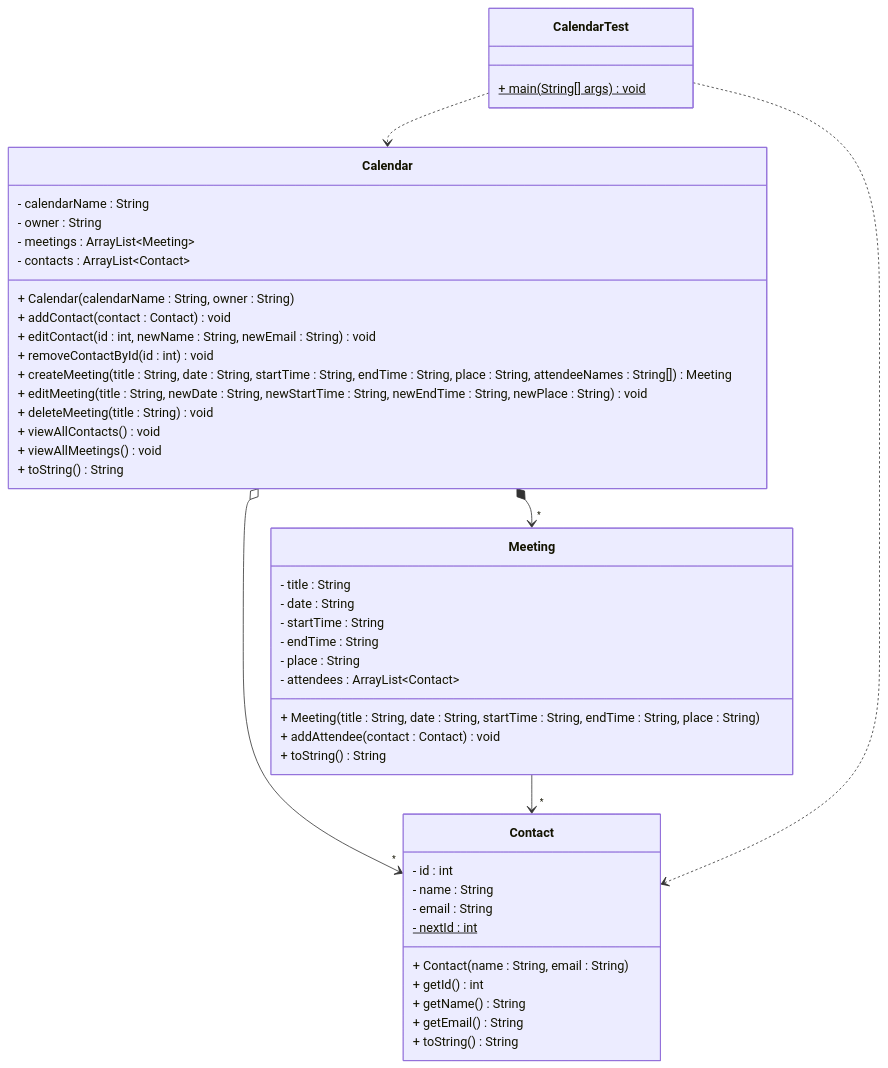
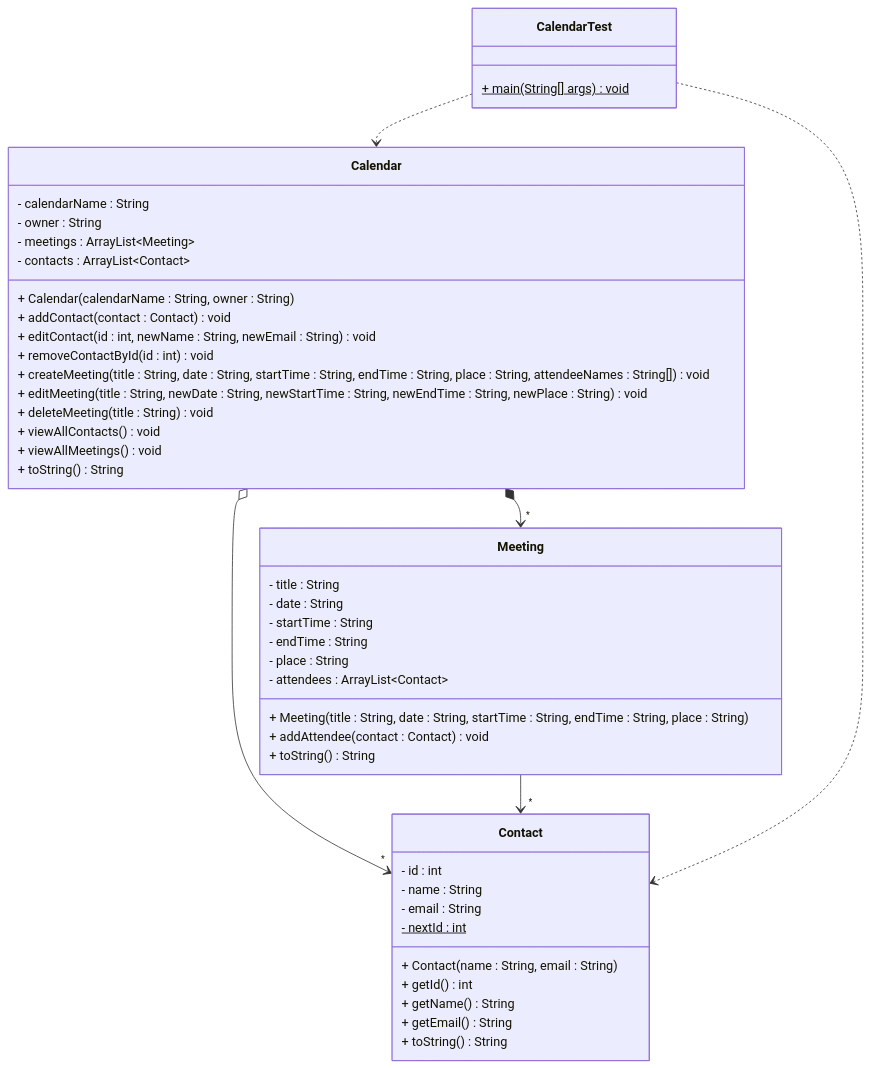
One commit to TroelsMortensen/Codelabs2 changed the diagram in Articles/Session 12 - One to Many/010 Exercise - Calendar.md. Above: the diagram before and after it, drawn with Mermaid. The commit also changed other lines of this file and 8 other files, not shown here.

````diff
--- a/Articles/Session 12 - One to Many/010 Exercise - Calendar.md
+++ b/Articles/Session 12 - One to Many/010 Exercise - Calendar.md
@@ -28,53 +30,53 @@
 ```mermaid
 classDiagram
     class Calendar {
         - calendarName : String
         - owner : String
         - meetings : ArrayList~Meeting~
         - contacts : ArrayList~Contact~
         + Calendar(calendarName : String, owner : String)
         + addContact(contact : Contact) void
         + editContact(id : int, newName : String, newEmail : String) void
         + removeContactById(id : int) void
-        + createMeeting(title : String, date : String, startTime : String, endTime : String, place : String, attendeeNames : String[]) Meeting
+        + createMeeting(title : String, date : String, startTime : String, endTime : String, place : String, attendeeNames : String[]) void
         + editMeeting(title : String, newDate : String, newStartTime : String, newEndTime : String, newPlace : String) void
         + deleteMeeting(title : String) void
         + viewAllContacts() void
         + viewAllMeetings() void
         + toString() String
     }
     
     class Meeting {
         - title : String
         - date : String
         - startTime : String
         - endTime : String
         - place : String
         - attendees : ArrayList~Contact~
         + Meeting(title : String, date : String, startTime : String, endTime : String, place : String)
         + addAttendee(contact : Contact) void
         + toString() String
     }
     
     class Contact {
         - id : int
         - name : String
         - email : String
         - nextId : int$
         + Contact(name : String, email : String)
         + getId() int
         + getName() String
         + getEmail() String
         + toString() String
     }
     
     class CalendarTest {
         + main(String[] args) void$
     }
     
     Calendar *--> "*" Meeting
     Calendar o--> "*" Contact
     Meeting --> "*" Contact
     CalendarTest ..> Calendar
     CalendarTest ..> Contact
 ```
````
